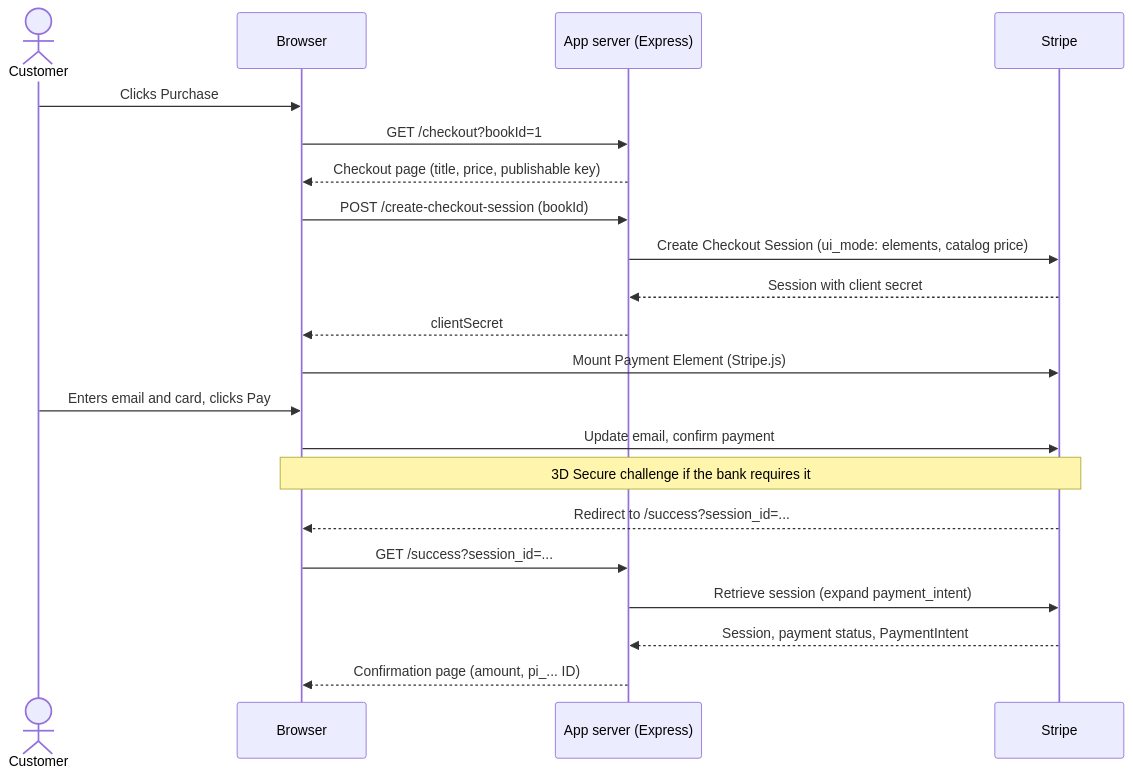
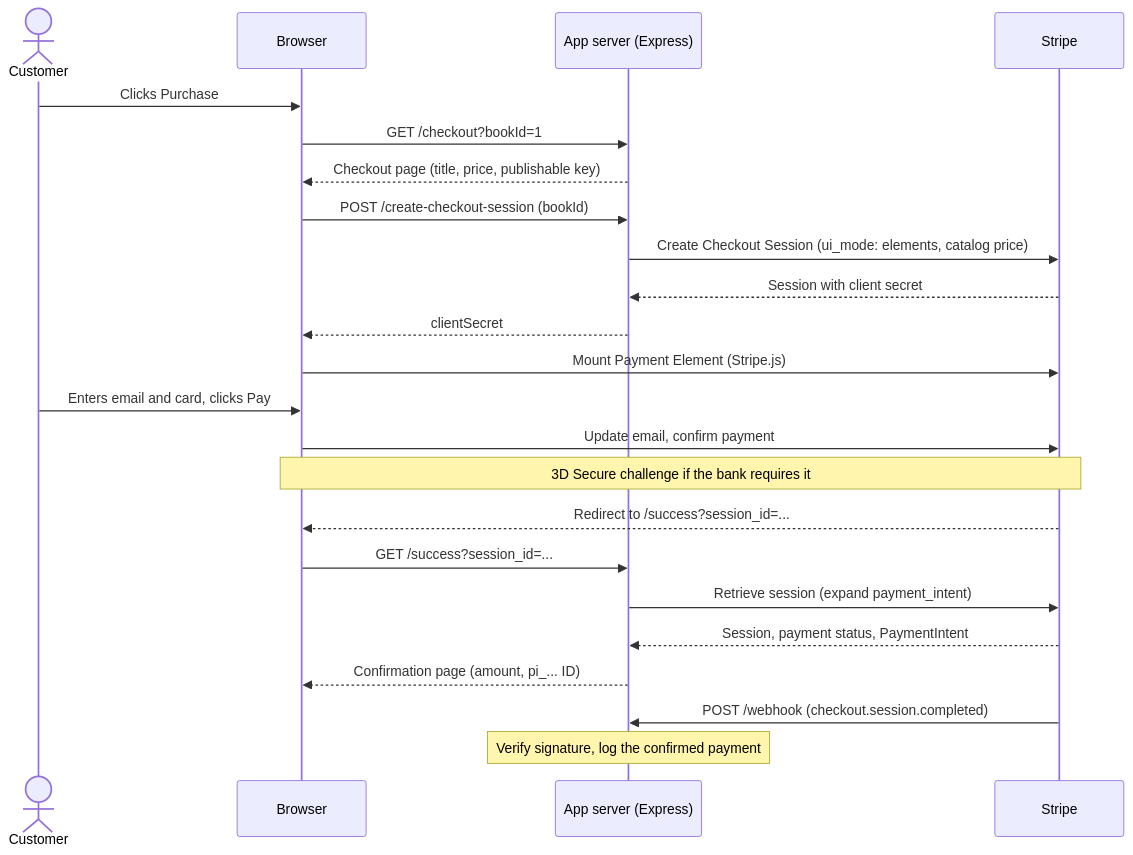
The diagram in README.md (akira71s/sa-takehome-project-node), drawn with Mermaid before and after one commit. The commit also changed other lines of this file and 4 other files, not shown here.

````diff
--- a/README.md
+++ b/README.md
@@ -116,27 +135,30 @@
 ```mermaid
 sequenceDiagram
     actor Customer
     participant Browser
     participant Server as App server (Express)
     participant Stripe
 
     Customer->>Browser: Clicks Purchase
     Browser->>Server: GET /checkout?bookId=1
     Server-->>Browser: Checkout page (title, price, publishable key)
 
     Browser->>Server: POST /create-checkout-session (bookId)
     Server->>Stripe: Create Checkout Session (ui_mode: elements, catalog price)
     Stripe-->>Server: Session with client secret
     Server-->>Browser: clientSecret
     Browser->>Stripe: Mount Payment Element (Stripe.js)
 
     Customer->>Browser: Enters email and card, clicks Pay
     Browser->>Stripe: Update email, confirm payment
     Note over Browser,Stripe: 3D Secure challenge if the bank requires it
     Stripe-->>Browser: Redirect to /success?session_id=...
 
     Browser->>Server: GET /success?session_id=...
     Server->>Stripe: Retrieve session (expand payment_intent)
     Stripe-->>Server: Session, payment status, PaymentIntent
     Server-->>Browser: Confirmation page (amount, pi_... ID)
+
+    Stripe->>Server: POST /webhook (checkout.session.completed)
+    Note over Server: Verify signature, log the confirmed payment
 ```
````
